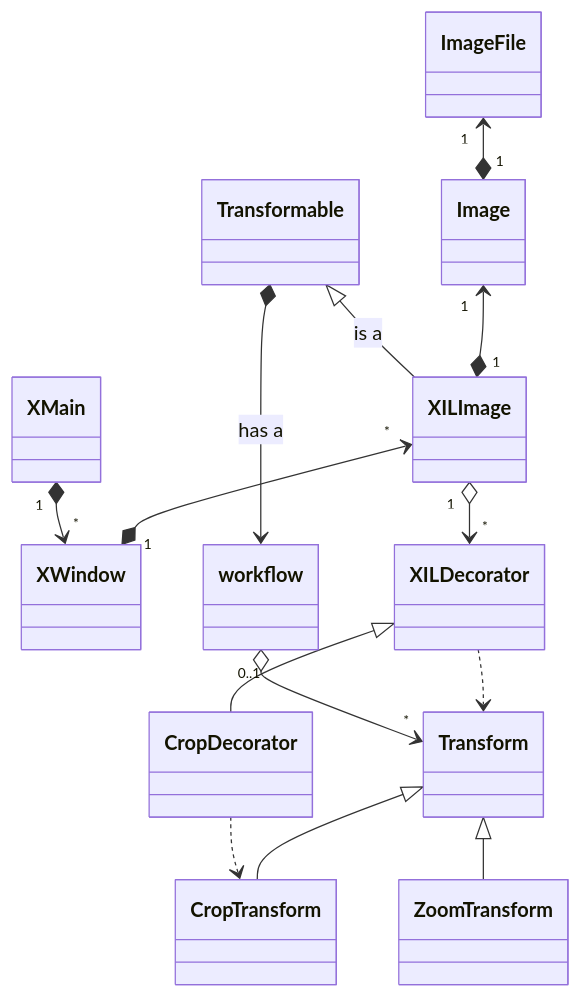
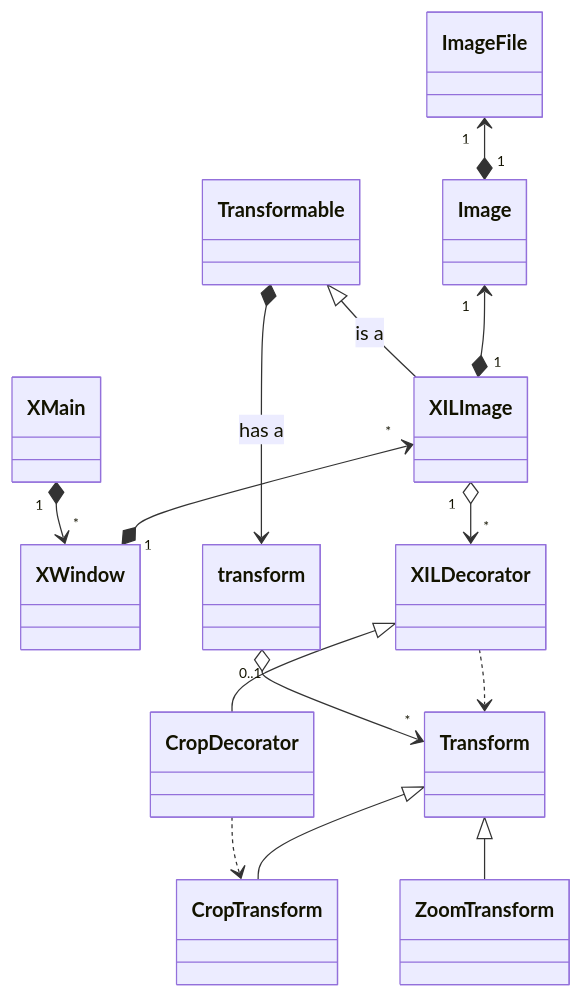
One commit to jjensenral/imgex changed the diagram in doc/dev/classes.md. Above: the diagram before and after it, drawn with Mermaid. The commit also changed other lines of this file and 9 other files, not shown here.

````diff
--- a/doc/dev/classes.md
+++ b/doc/dev/classes.md
@@ -6,16 +6,16 @@
 ```mermaid
 classDiagram
 ImageFile "1" <--* "1" Image
 Image "1" <--* "1" XILImage
 XILImage "*" <--* "1" XWindow
 XMain "1" *--> "*" XWindow
 XILDecorator ..> Transform
 XILImage "1" o--> "*" XILDecorator
 Transform <|-- CropTransform
 Transform <|-- ZoomTransform
 XILDecorator <|-- CropDecorator
 CropDecorator ..> CropTransform
-workflow "0..1" o--> "*" Transform
+transform "0..1" o--> "*" Transform
 Transformable <|-- XILImage : is a
-Transformable *--> workflow : has a
+Transformable *--> transform : has a
 ```
````
